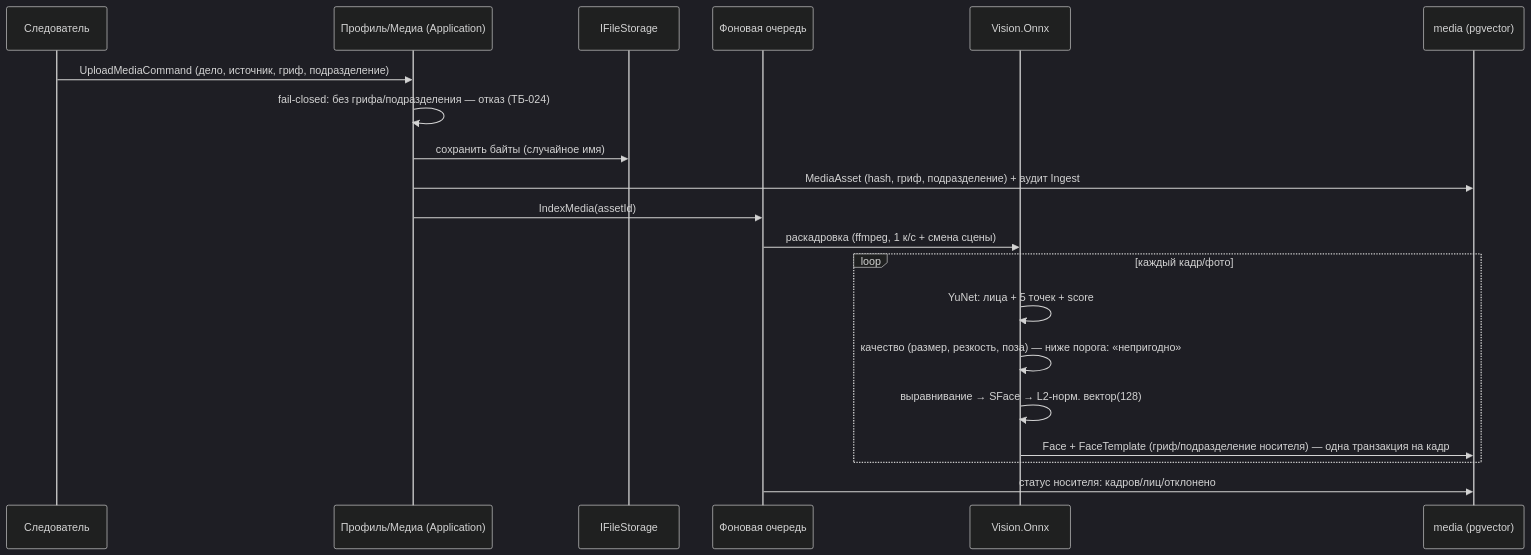
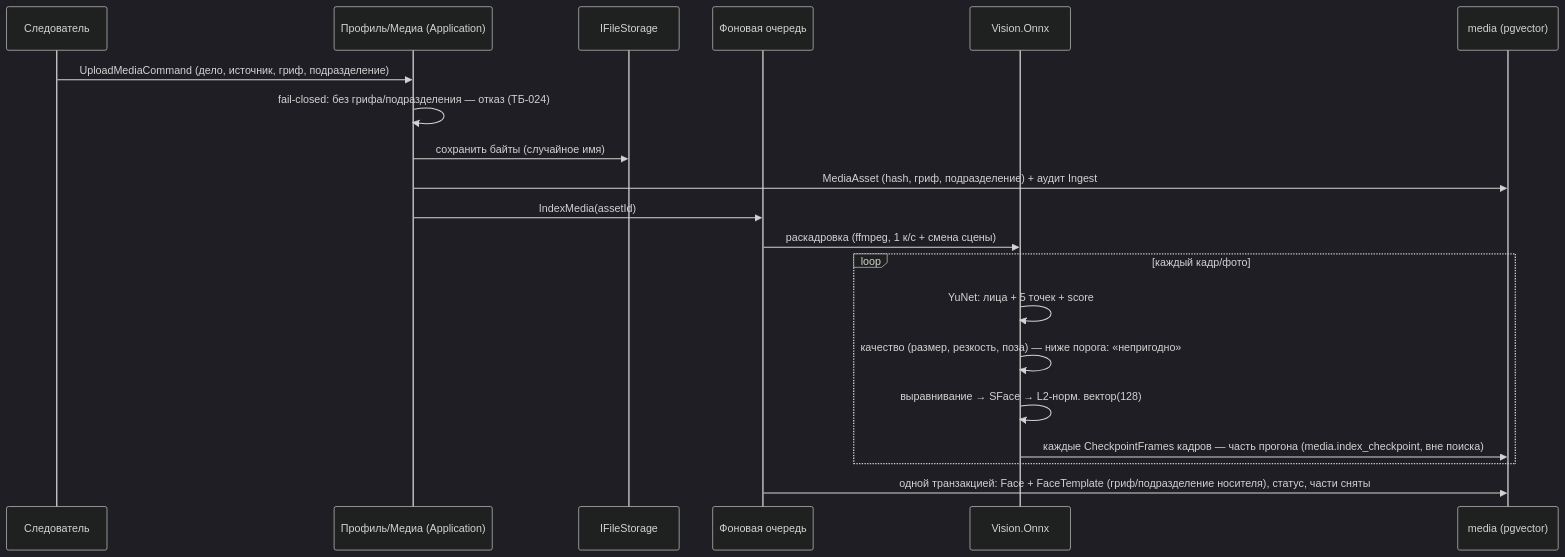
One commit to damirovich/isa.ai changed the third of 3 diagrams in docs/следствие/Архитектура_Следствие.md. Above: the diagram before and after it, drawn with Mermaid (dark theme). The commit also changed other lines of this file and 30 other files, not shown here.

````diff
--- a/docs/следствие/Архитектура_Следствие.md
+++ b/docs/следствие/Архитектура_Следствие.md
@@ -217,22 +217,22 @@
 ```mermaid
 sequenceDiagram
     participant U as Следователь
     participant P as Профиль/Медиа (Application)
     participant S as IFileStorage
     participant Q as Фоновая очередь
     participant V as Vision.Onnx
     participant DB as media (pgvector)
     U->>P: UploadMediaCommand (дело, источник, гриф, подразделение)
     P->>P: fail-closed: без грифа/подразделения — отказ (ТБ-024)
     P->>S: сохранить байты (случайное имя)
     P->>DB: MediaAsset (hash, гриф, подразделение) + аудит Ingest
     P->>Q: IndexMedia(assetId)
     Q->>V: раскадровка (ffmpeg, 1 к/с + смена сцены)
     loop каждый кадр/фото
         V->>V: YuNet: лица + 5 точек + score
         V->>V: качество (размер, резкость, поза) — ниже порога: «непригодно»
         V->>V: выравнивание → SFace → L2-норм. вектор(128)
-        V->>DB: Face + FaceTemplate (гриф/подразделение носителя) — одна транзакция на кадр
+        V->>DB: каждые CheckpointFrames кадров — часть прогона (media.index_checkpoint, вне поиска)
     end
-    Q->>DB: статус носителя: кадров/лиц/отклонено
+    Q->>DB: одной транзакцией: Face + FaceTemplate (гриф/подразделение носителя), статус, части сняты
 ```
````
